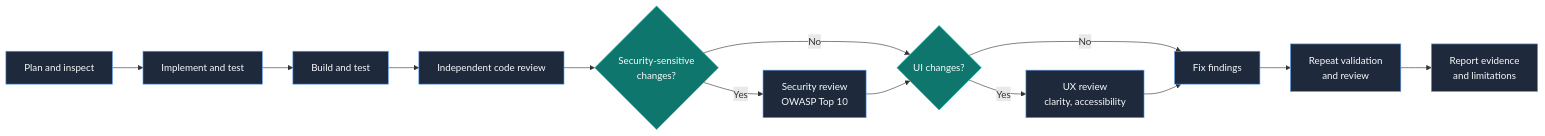
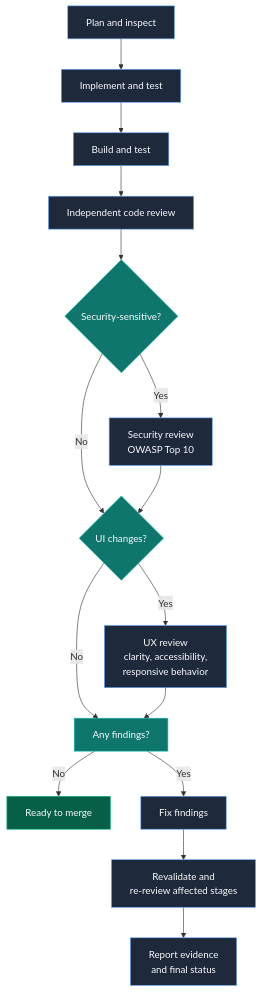
Before and after one commit to wmorgan69/light-controller-simulator: the diagram in README.md, drawn with Mermaid.

Commit message:
Improve agentic workflow diagram layout and clarity
- Changed from LR (left-right) to TD (top-down) for better visual flow
- Reorganized decision nodes to converge cleanly
- Added 'Any findings?' decision to show merge path
- Added color coding: blue for stages, teal for decisions, green for merge outcome
- Expanded review labels with key responsibilities
- Clearer indication of when reviews are skipped vs required
- More readable and easier to follow PR workflow

````diff
--- a/README.md
+++ b/README.md
@@ -9,18 +9,35 @@
 ```mermaid
-flowchart LR
-  Plan["Plan and inspect"] --> Build["Implement and test"]
-  Build --> Validate["Build and test"]
-  Validate --> CodeReview["Independent code review"]
-  CodeReview --> SecurityReview{"Security-sensitive<br/>changes?"}
-  SecurityReview -->|Yes| SecReview["Security review<br/>OWASP Top 10"]
-  SecurityReview -->|No| UXReview{"UI changes?"}
-  SecReview --> UXReview
-  UXReview -->|Yes| UXCheck["UX review<br/>clarity, accessibility"]
-  UXReview -->|No| Rebuild["Fix findings"]
-  UXCheck --> Rebuild
-  Rebuild --> FinalReview["Repeat validation<br/>and review"]
-  FinalReview --> Report["Report evidence<br/>and limitations"]
-  classDef default fill:#1E293B,stroke:#60A5FA,color:#F8FAFC;
+flowchart TD
+  Plan["Plan and inspect"]
+  Build["Implement and test"]
+  Validate["Build and test"]
+  CodeReview["Independent code review"]
+  
+  Plan --> Build
+  Build --> Validate
+  Validate --> CodeReview
+  
+  CodeReview --> SecurityDecision{"Security-sensitive?"}
+  
+  SecurityDecision -->|Yes| SecurityReview["Security review<br/>OWASP Top 10"]
+  SecurityDecision -->|No| UXDecision{"UI changes?"}
+  SecurityReview --> UXDecision
+  
+  UXDecision -->|Yes| UXReview["UX review<br/>clarity, accessibility,<br/>responsive behavior"]
+  UXDecision -->|No| Findings["Any findings?"]
+  UXReview --> Findings
+  
+  Findings -->|No| Merge["Ready to merge"]
+  Findings -->|Yes| Rebuild["Fix findings"]
+  
+  Rebuild --> Revalidate["Revalidate and<br/>re-review affected stages"]
+  Revalidate --> Report["Report evidence<br/>and final status"]
+  
+  classDef stage fill:#1E293B,stroke:#60A5FA,color:#F8FAFC;
   classDef decision fill:#0F766E,stroke:#14B8A6,color:#F8FAFC;
-  class SecurityReview,UXReview decision;
+  classDef outcome fill:#065F46,stroke:#10B981,color:#F8FAFC;
+  
+  class Plan,Build,Validate,CodeReview,SecurityReview,UXReview,Rebuild,Revalidate,Report stage;
+  class SecurityDecision,UXDecision,Findings decision;
+  class Merge outcome;
 ```
````
